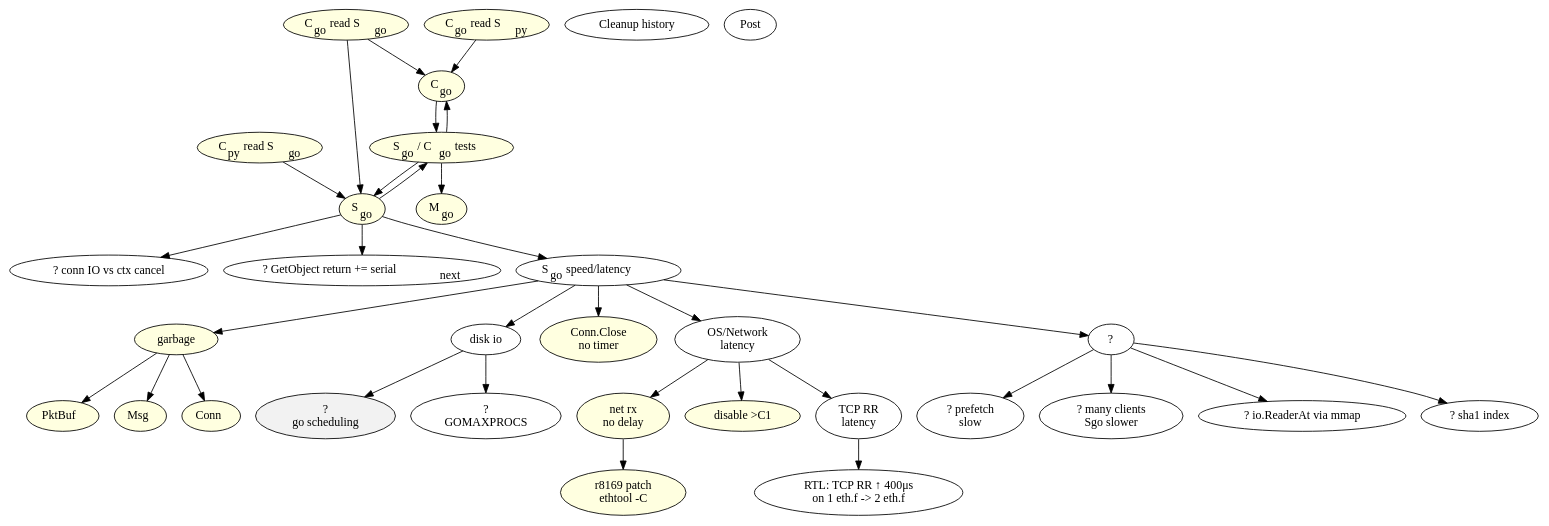
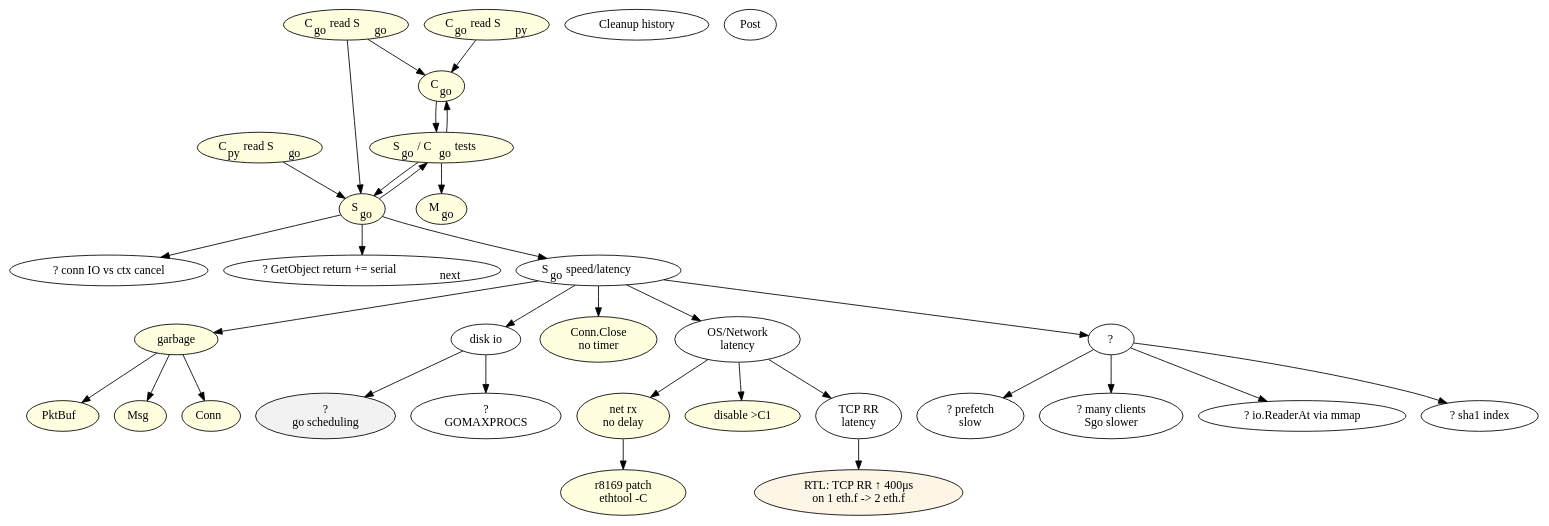
The diagram in go/todo.dot (Nexedi/neoppod), drawn with Graphviz before and after one commit. The commit also changed 1 other file, not shown here.

```diff
--- a/go/todo.dot
+++ b/go/todo.dot
@@ -1,101 +1,101 @@
 digraph {
 	Cgo -> SCgo_t;
 	Sgo -> SCgo_t;
 
 	SCgo_t -> Mgo;
 	SCgo_t -> Sgo;
 	SCgo_t -> Cgo;
 
 	Sgo -> io_cancel;
 	Sgo -> load_serial_next;
 	Sgo -> Sgo_speed;
 
 	//Sgo_speed -> B_link_recv;
 	Sgo_speed -> garbage;
 	//Sgo_speed -> gosched;
 	Sgo_speed -> diskio;
 	Sgo_speed -> ConnClose_notimer;
 
 	Sgo_speed -> osnet_latency;
 	Sgo_speed -> QSgo_speed;
 
 	QSgo_speed -> prefetch_slow;
 	QSgo_speed -> parallel_slow;
 	QSgo_speed -> Mmap_go;
 	QSgo_speed -> sha1_index;
 
 	garbage	-> pktbuf_alloc;
 	garbage -> msg_alloc;
 	garbage -> conn_alloc;
 
 	diskio	-> gosched;
 	diskio	-> GOMAXPROCS;
 
 
 	Cpy_r_Sgo -> Sgo;
 	//Cpy_r_Sgo -> Protog_fix;
 	//Cpy_r_Sgo -> Cpy_patch;
 	//Cpy_r_Sgo -> Mpy_vs_Sgo;
 
 	Cgo_r_Sgo -> Cgo;
 	Cgo_r_Sgo -> Sgo;		
 
 	Cgo_r_Spy -> Cgo;
 	//Cgo_r_Spy -> Protog_fix;
 
 
 	Cgo		[label=<C<sub>go</sub>> style=filled fillcolor=lightyellow];
 	Sgo		[label=<S<sub>go</sub>> style=filled fillcolor=lightyellow];
 	Mgo		[label=<M<sub>go</sub>> style=filled fillcolor=lightyellow];
 	SCgo_t		[label=<S<sub>go</sub>  / C<sub>go</sub>  tests> style=filled fillcolor=lightyellow];
 	Sgo_speed	[label=<S<sub>go</sub>  speed/latency>];
 	Cpy_r_Sgo	[label=<C<sub>py</sub>  read S<sub>go</sub>> style=filled fillcolor=lightyellow];
 	Cgo_r_Sgo	[label=<C<sub>go</sub>  read S<sub>go</sub>> style=filled fillcolor=lightyellow];
 	Cgo_r_Spy	[label=<C<sub>go</sub>  read S<sub>py</sub>> style=filled fillcolor=lightyellow];
 	Cleanup		[label="Cleanup history"];
 	Post		[label="Post"];
 	//Cpy_patch	[label=<py patch: ConnID py=go> style=filled fillcolor=lightyellow];	// C<sub>py</sub>  patch for ConnID interop. with S<sub>go</sub>>];
 	Mmap_go		[label="? io.ReaderAt via mmap"];
 	//Protog_fix	[label="proto(go/py) compat fix" style=filled fillcolor=lightyellow];
 	//Mpy_vs_Sgo	[label=<M<sub>py</sub> vs S<sub>go</sub>: try/fix> style=filled fillcolor=lightyellow];
 
 	io_cancel		[label="? conn IO vs ctx cancel"];
 	load_serial_next	[label=<? GetObject return += serial<sub>next</sub>>];
 
 	sha1_index	[label="? sha1 index"];
 	//B_link_recv	[label="Bench link.Recv1/Ask1" style=filled fillcolor=lightyellow];
 	garbage		[label="garbage" style=filled fillcolor=lightyellow];
 	gosched		[label="?\ngo scheduling" style=filled fillcolor=grey95];
 
 	//Cgo -> Cgo_tasks;
 	//Cgo_tasks	[label="- talkMaster\n- update nodeTab/partTab\n- dial S on demand\n..." style=filled fillcolor=lightyellow];
 
 	QSgo_speed	[label=<?>];
 
 	pktbuf_alloc	[label=<PktBuf> style=filled fillcolor=lightyellow];
 	msg_alloc	[label=<Msg>	style=filled fillcolor=lightyellow];
 	conn_alloc	[label=<Conn>	style=filled fillcolor=lightyellow];
 
 	ConnClose_notimer	[label="Conn.Close\nno timer" style=filled fillcolor=lightyellow];
 	diskio		[label="disk io"];
 	GOMAXPROCS	[label="?\nGOMAXPROCS"];
 
 
 	osnet_latency	-> rx_no_delay;
 	osnet_latency	-> nocstates;
 	osnet_latency	-> tcp_latency;
 	tcp_latency	-> rtl_tcp_2eth;
 
 	rx_no_delay	-> rtl_patch;
 
 	osnet_latency	[label="OS/Network\nlatency"];
 	rx_no_delay	[label="net rx\nno delay" style=filled fillcolor=lightyellow];
 	nocstates	[label="disable >C1" style=filled fillcolor=lightyellow];
 	tcp_latency	[label="TCP RR\nlatency"];
-	rtl_tcp_2eth	[label="RTL: TCP RR ↑ 400μs\n on 1 eth.f -> 2 eth.f"];
+	rtl_tcp_2eth	[label="RTL: TCP RR ↑ 400μs\n on 1 eth.f -> 2 eth.f" style=filled fillcolor=oldlace];
 
 	rtl_patch	[label="r8169 patch\nethtool -C" style=filled fillcolor=lightyellow];
 
 	prefetch_slow	[label="? prefetch\nslow"];
 	parallel_slow	[label="? many clients\nSgo slower"];
 }
```
